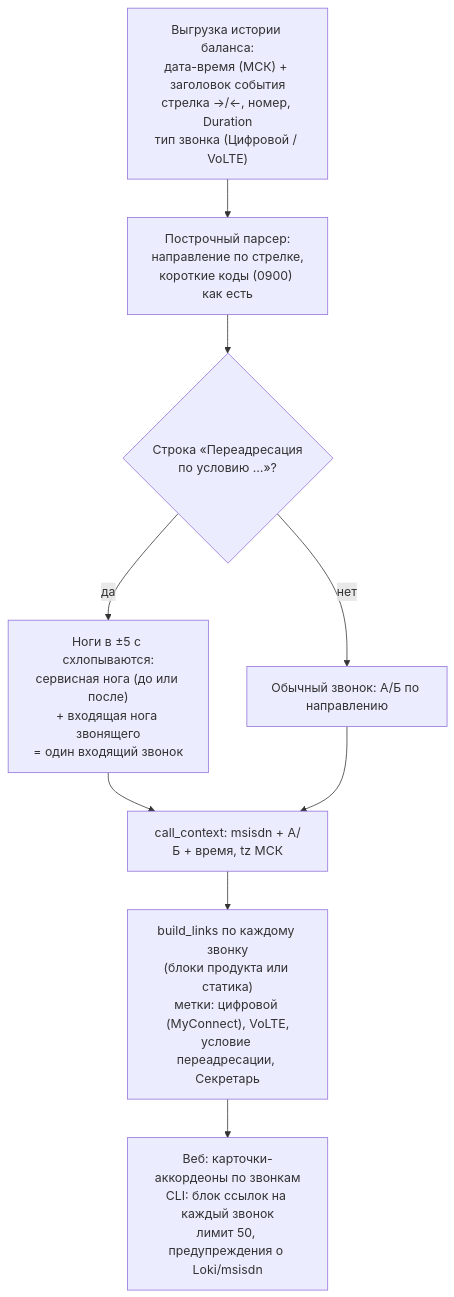
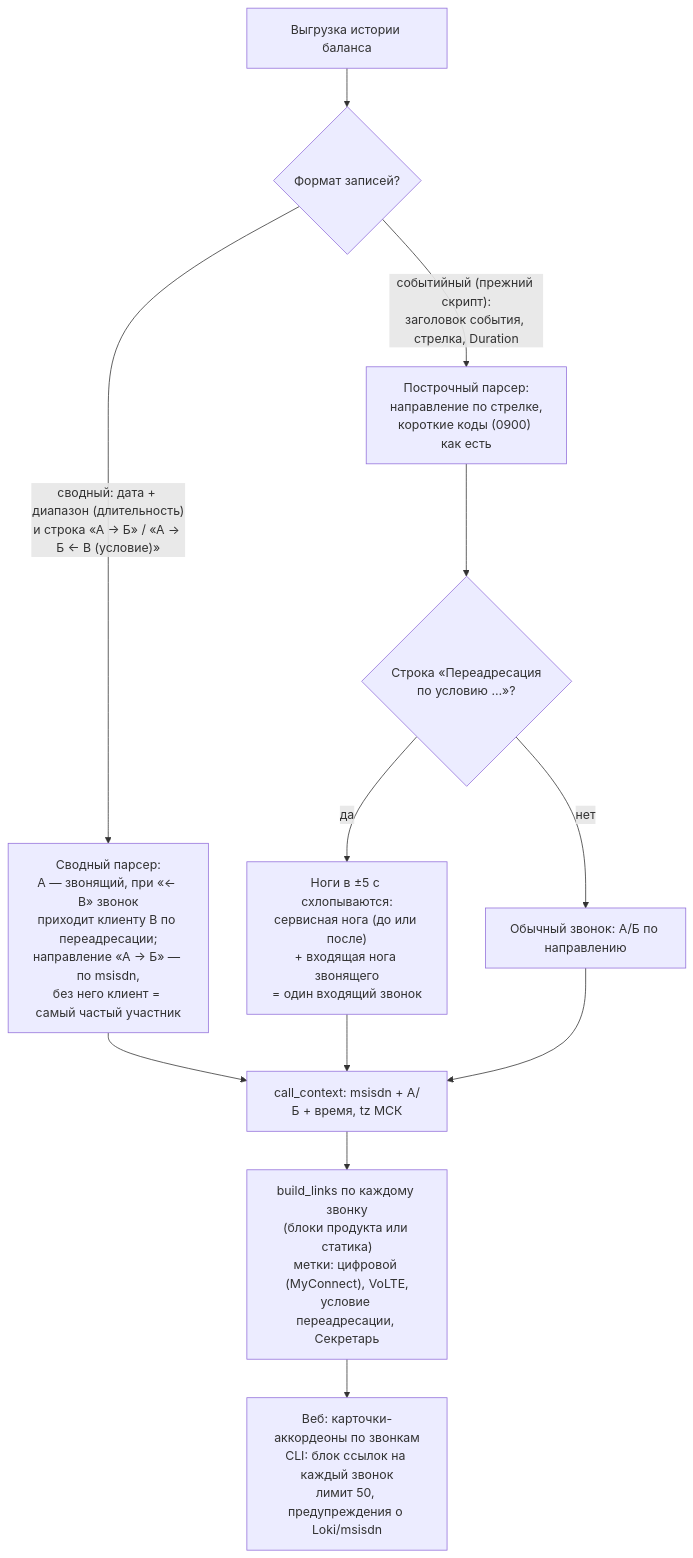
One commit to shifter1710/l2tool changed the eighth of 12 diagrams in docs/ARCHITECTURE.md. Above: the diagram before and after it, drawn with Mermaid. The commit also changed 7 other files, not shown here.

First line of the commit message:
feat: разбор сводного формата истории звонков из баланса

````diff
--- a/docs/ARCHITECTURE.md
+++ b/docs/ARCHITECTURE.md
@@ -355,11 +355,14 @@
 ```mermaid
 flowchart TB
-    input["Выгрузка истории баланса:<br/>дата-время (МСК) + заголовок события<br/>стрелка →/←, номер, Duration<br/>тип звонка (Цифровой / VoLTE)"] --> parse["Построчный парсер:<br/>направление по стрелке,<br/>короткие коды (0900) как есть"]
+    input["Выгрузка истории баланса"] --> which{"Формат записей?"}
+    which -->|"сводный: дата + диапазон (длительность)<br/>и строка «А → Б» / «А → Б ← В (условие)»"| range["Сводный парсер:<br/>А — звонящий, при «← В» звонок<br/>приходит клиенту В по переадресации;<br/>направление «А → Б» — по msisdn,<br/>без него клиент = самый частый участник"]
+    which -->|"событийный (прежний скрипт):<br/>заголовок события, стрелка, Duration"| parse["Построчный парсер:<br/>направление по стрелке,<br/>короткие коды (0900) как есть"]
     parse --> fwd{"Строка «Переадресация<br/>по условию …»?"}
     fwd -->|"да"| merge["Ноги в ±5 с схлопываются:<br/>сервисная нога (до или после)<br/>+ входящая нога звонящего<br/>= один входящий звонок"]
     fwd -->|нет| single["Обычный звонок: А/Б по направлению"]
-    merge --> ctx["call_context: msisdn + А/Б + время, tz МСК"]
+    range --> ctx["call_context: msisdn + А/Б + время, tz МСК"]
+    merge --> ctx
     single --> ctx
     ctx --> links["build_links по каждому звонку<br/>(блоки продукта или статика)<br/>метки: цифровой (MyConnect), VoLTE,<br/>условие переадресации, Секретарь"]
     links --> out["Веб: карточки-аккордеоны по звонкам<br/>CLI: блок ссылок на каждый звонок<br/>лимит 50, предупреждения о Loki/msisdn"]
 ```
````
